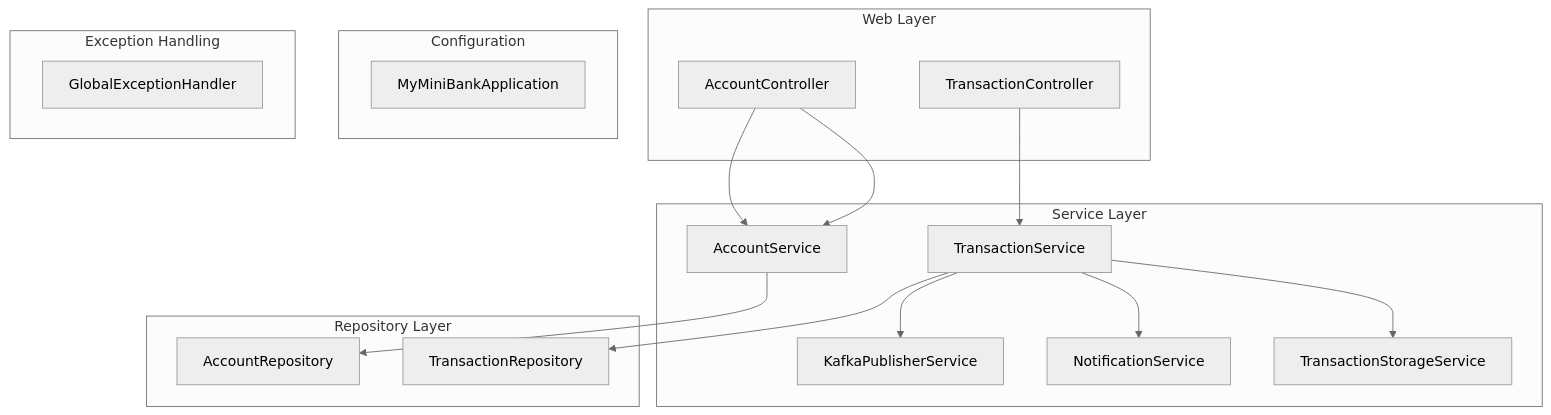
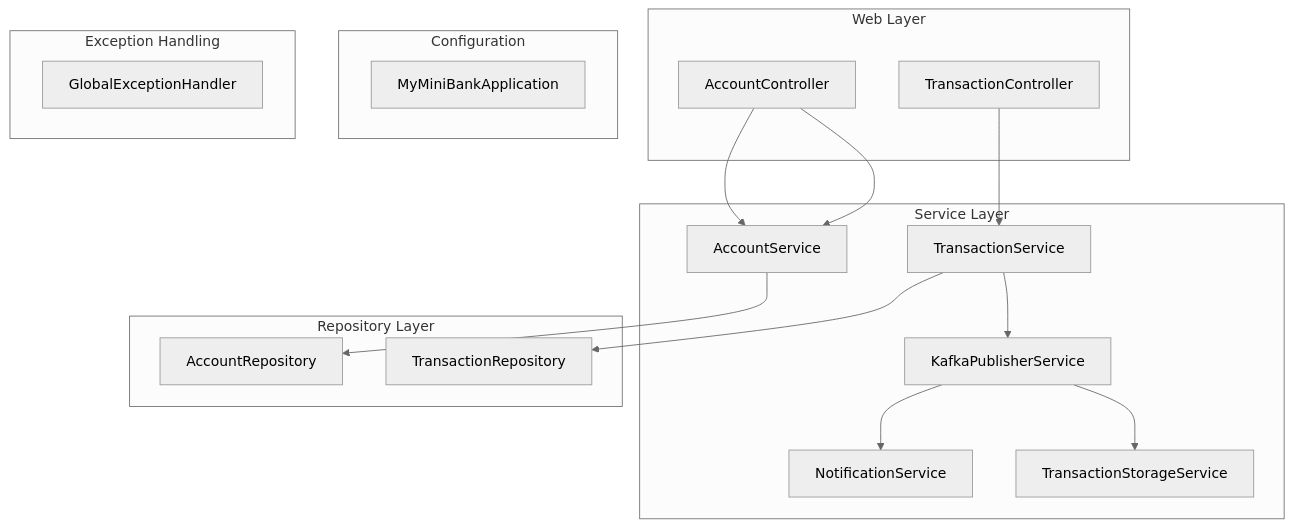
The diagram in README.md (santorog/myminibank), drawn with Mermaid (neutral theme) before and after one commit.

Commit message:
Correct Mermaid diagram

````diff
--- a/README.md
+++ b/README.md
@@ -21,38 +21,38 @@
 ```mermaid
 graph TD
     subgraph Web Layer
         A1[AccountController]
         T1[TransactionController]
     end
 
     subgraph Service Layer
         S1[AccountService]
         S2[TransactionService]
         K1[KafkaPublisherService]
         N1[NotificationService]
         ST1[TransactionStorageService]
     end
 
     subgraph Repository Layer
         R1[AccountRepository]
         R2[TransactionRepository]
     end
 
     subgraph Configuration
         Main[MyMiniBankApplication]
     end
 
     subgraph Exception Handling
         EH[GlobalExceptionHandler]
     end
 
     %% Relations
     A1 --> S1
     A1 --> S1
     T1 --> S2
     S1 --> R1
     S2 --> R2
     S2 --> K1
-    S2 --> N1
-    S2 --> ST1
+    K1 --> N1
+    K1 --> ST1
 ```
````
